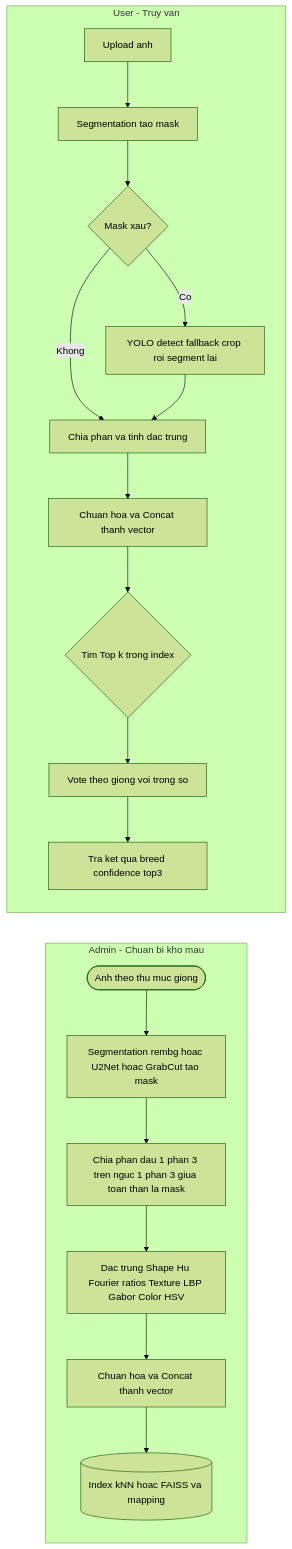
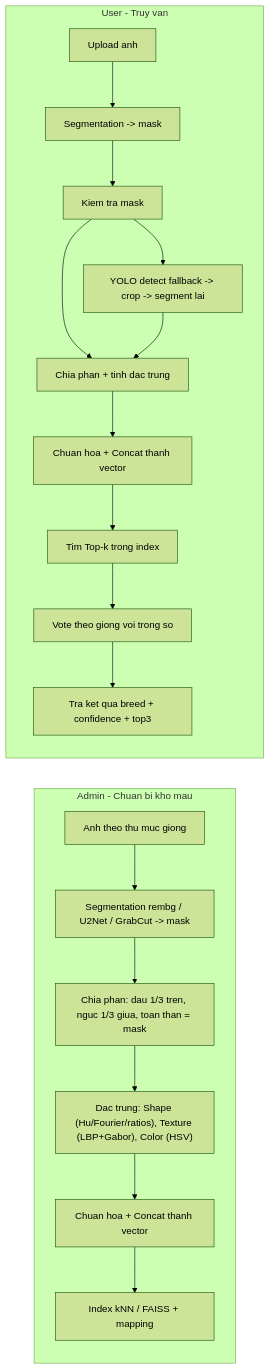
One commit to farolnguyen/PawVerseBackendAPI changed the second of 3 diagrams in README.md. Above: the diagram before and after it, drawn with Mermaid (forest theme). The commit also changed other lines of this file, not shown here.

````diff
--- a/README.md
+++ b/README.md
@@ -60,38 +59,37 @@
 ```mermaid
-flowchart LR
-  subgraph ADMIN [Admin - Chuan bi kho mau]
-    B1([Anh theo thu muc giong])
-    B2[Segmentation rembg hoac U2Net hoac GrabCut tao mask]
-    B3[Chia phan dau 1 phan 3 tren nguc 1 phan 3 giua toan than la mask]
-    B4[Dac trung Shape Hu Fourier ratios Texture LBP Gabor Color HSV]
-    B5[Chuan hoa va Concat thanh vector]
-    B6[(Index kNN hoac FAISS va mapping)]
-    B1 --> B2
-    B2 --> B3
-    B3 --> B4
-    B4 --> B5
-    B5 --> B6
-  end
+graph LR;
+  subgraph ADMIN ["Admin - Chuan bi kho mau"]
+    B1["Anh theo thu muc giong"];
+    B2["Segmentation rembg / U2Net / GrabCut -> mask"];
+    B3["Chia phan: dau 1/3 tren, nguc 1/3 giua, toan than = mask"];
+    B4["Dac trung: Shape (Hu/Fourier/ratios), Texture (LBP+Gabor), Color (HSV)"];
+    B5["Chuan hoa + Concat thanh vector"];
+    B6["Index kNN / FAISS + mapping"];
+    B1 --> B2;
+    B2 --> B3;
+    B3 --> B4;
+    B4 --> B5;
+    B5 --> B6;
+  end;
 
-  subgraph USER [User - Truy van]
-    C1[Upload anh]
-    C2[Segmentation tao mask]
-    C3{Mask xau?}
-    C4[YOLO detect fallback crop roi segment lai]
-    C5[Chia phan va tinh dac trung]
-    C6[Chuan hoa va Concat thanh vector]
-    C7{Tim Top k trong index}
-    C8[Vote theo giong voi trong so]
-    C9[Tra ket qua breed confidence top3]
-    C1 --> C2
-    C2 --> C3
-    C3 -- Co --> C4
-    C3 -- Khong --> C5
-    C4 --> C5
-    C5 --> C6
-    C6 --> C7
-    C7 --> C8
-    C8 --> C9
-  end
-
+  subgraph USER ["User - Truy van"]
+    C1["Upload anh"];
+    C2["Segmentation -> mask"];
+    C3["Kiem tra mask"];
+    C4["YOLO detect fallback -> crop -> segment lai"];
+    C5["Chia phan + tinh dac trung"];
+    C6["Chuan hoa + Concat thanh vector"];
+    C7["Tim Top-k trong index"];
+    C8["Vote theo giong voi trong so"];
+    C9["Tra ket qua breed + confidence + top3"];
+    C1 --> C2;
+    C2 --> C3;
+    C3 --> C4;
+    C3 --> C5;
+    C4 --> C5;
+    C5 --> C6;
+    C6 --> C7;
+    C7 --> C8;
+    C8 --> C9;
+  end;
 ```
````
